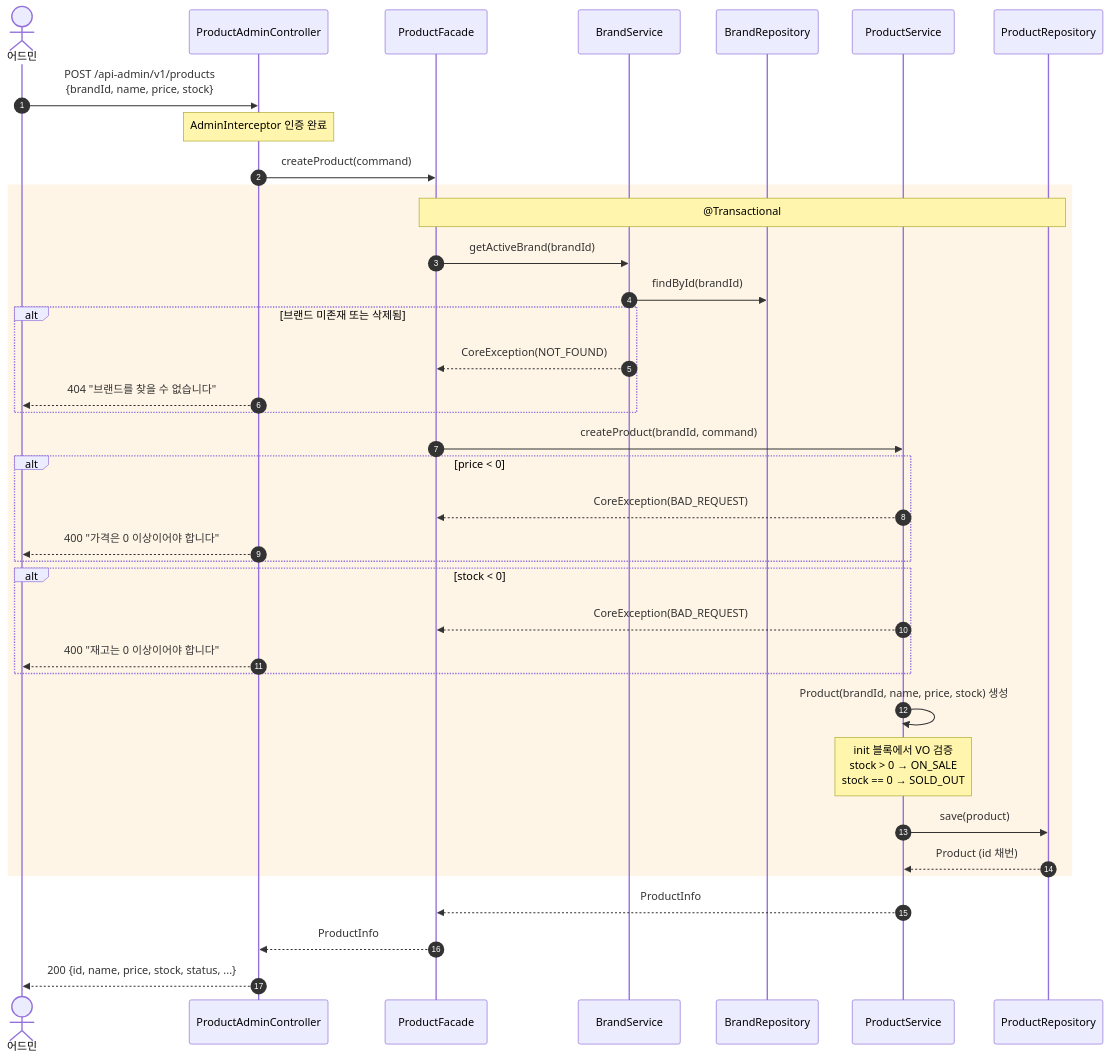
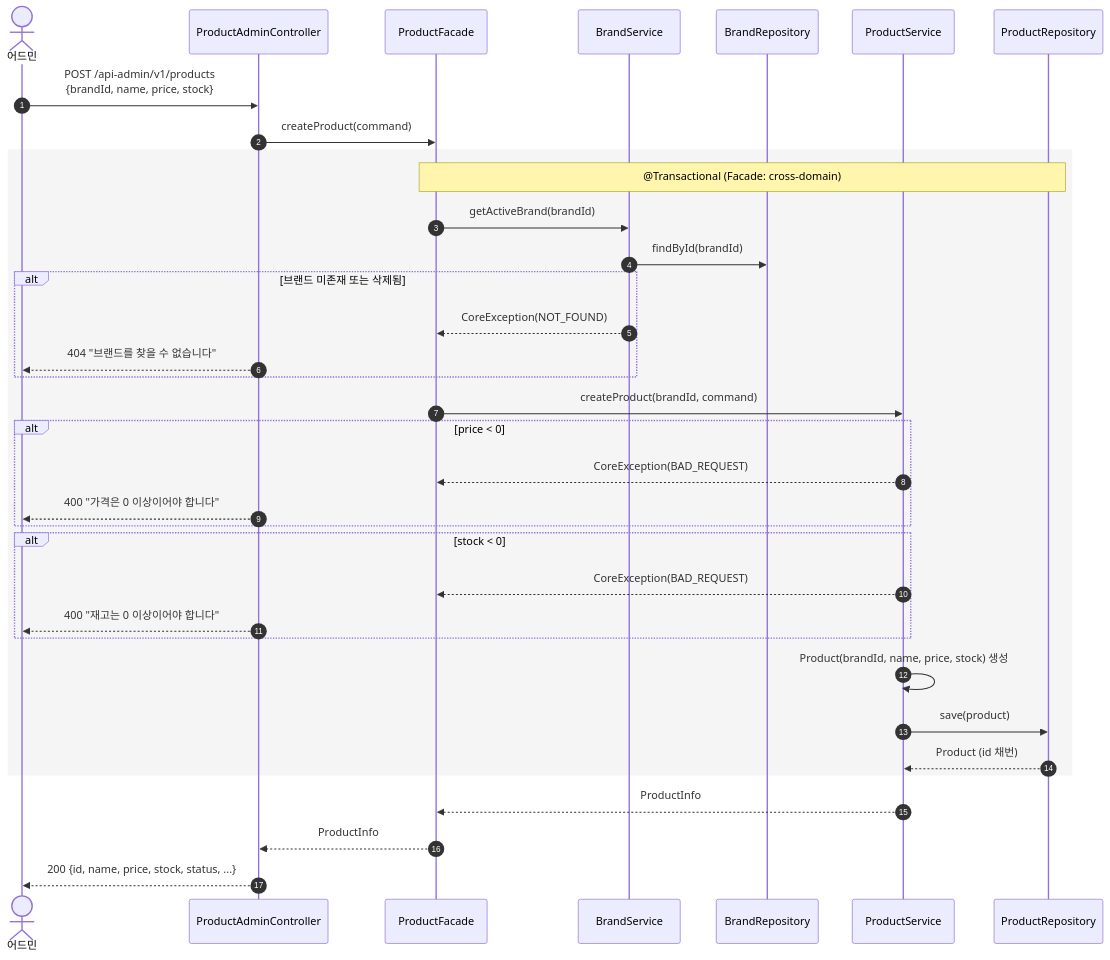
Before and after one commit to Loopers-dev-lab/loop-pack-be-l2-vol3-kotlin: diagram 11 of 21 in docs/design/02-sequence-diagrams.md, drawn with Mermaid. The commit also changed other lines of this file and 5 other files, not shown here.

````diff
--- a/docs/design/02-sequence-diagrams.md
+++ b/docs/design/02-sequence-diagrams.md
@@ -348,46 +361,44 @@
 ```mermaid
 sequenceDiagram
     autonumber
     actor Admin as 어드민
     participant C as ProductAdminController
     participant F as ProductFacade
     participant BS as BrandService
     participant BR as BrandRepository
     participant PS as ProductService
     participant PR as ProductRepository
     Admin ->> C: POST /api-admin/v1/products<br/>{brandId, name, price, stock}
-    Note over C: AdminInterceptor 인증 완료
     C ->> F: createProduct(command)
 
-    rect rgb(255, 245, 230)
-        Note over F, PR: @Transactional
+    rect rgb(245, 245, 245)
+        Note over F, PR: @Transactional (Facade: cross-domain)
         F ->> BS: getActiveBrand(brandId)
         BS ->> BR: findById(brandId)
 
         alt 브랜드 미존재 또는 삭제됨
             BS -->> F: CoreException(NOT_FOUND)
             C -->> Admin: 404 "브랜드를 찾을 수 없습니다"
         end
 
         F ->> PS: createProduct(brandId, command)
 
         alt price < 0
             PS -->> F: CoreException(BAD_REQUEST)
             C -->> Admin: 400 "가격은 0 이상이어야 합니다"
         end
 
         alt stock < 0
             PS -->> F: CoreException(BAD_REQUEST)
             C -->> Admin: 400 "재고는 0 이상이어야 합니다"
         end
 
         PS ->> PS: Product(brandId, name, price, stock) 생성
-        Note over PS: init 블록에서 VO 검증<br/>stock > 0 → ON_SALE<br/>stock == 0 → SOLD_OUT
         PS ->> PR: save(product)
         PR -->> PS: Product (id 채번)
     end
 
     PS -->> F: ProductInfo
     F -->> C: ProductInfo
     C -->> Admin: 200 {id, name, price, stock, status, ...}
 ```
````
